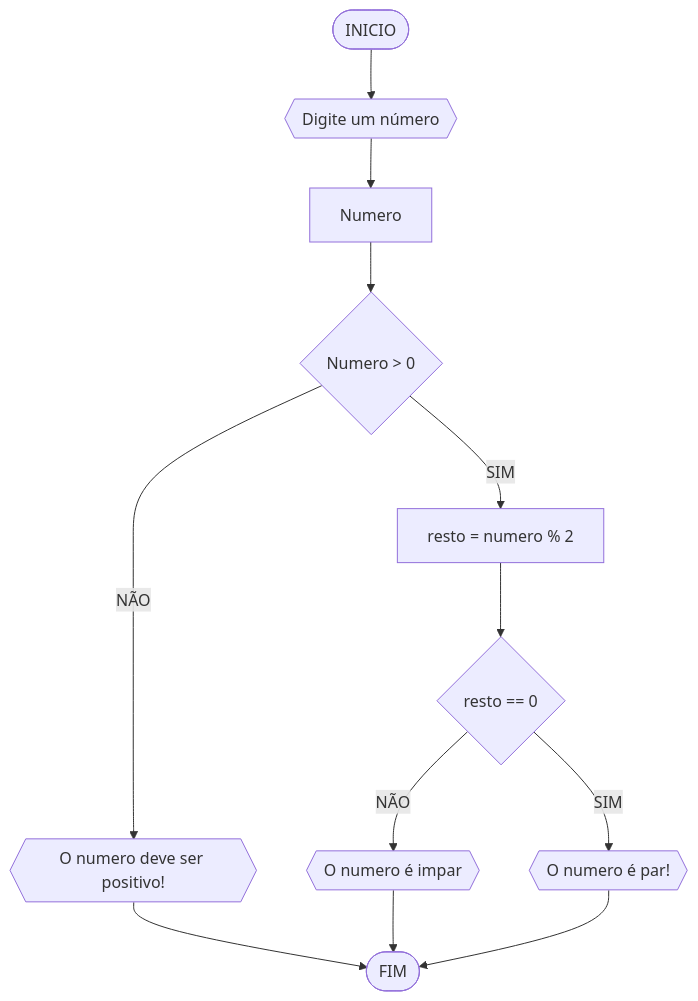
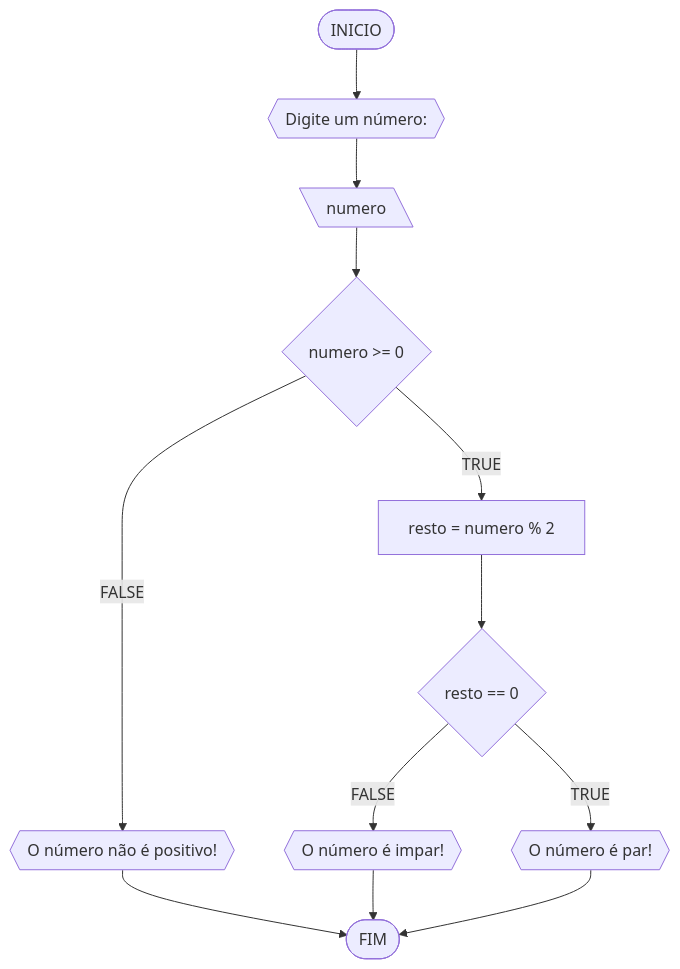
Before and after one commit to carollyra/UNIFOR: the first of 4 diagrams in RLA/lista1_exercicios.md, drawn with Mermaid. The commit also changed other lines of this file, not shown here.

````diff
--- a/RLA/lista1_exercicios.md
+++ b/RLA/lista1_exercicios.md
@@ -11,16 +12,14 @@
 ```mermaid
 flowchart TD
-A([INICIO]) --> B{{Digite um número}}
-B --> C[Numero]
-C --> D{Numero > 0}
-D --NÃO--> E{{O numero deve ser positivo!}}
+A([INICIO]) --> B{{Digite um número:}}
+B --> C[\numero\]
+C --> D{numero >= 0}
+D --FALSE--> E{{O número não é positivo!}}
+D --TRUE--> F[resto = numero % 2]
 E --> Z([FIM])
-D --SIM--> F[resto = numero % 2]
 F --> G{resto == 0}
-G --NÃO--> H{{O numero é impar}}
-G --SIM--> I{{O numero é par!}}
+G --FALSE--> H{{O número é impar!}}
+G --TRUE--> I{{O número é par!}}
 H --> Z
 I --> Z
-
-
 ```
````
